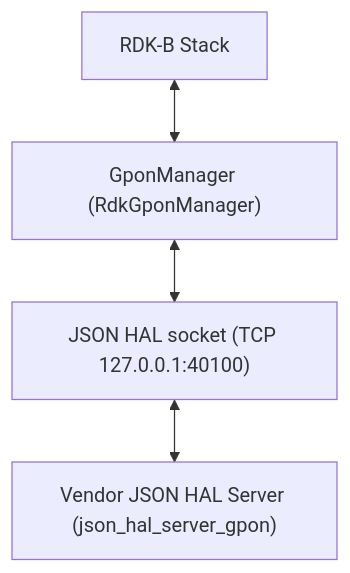
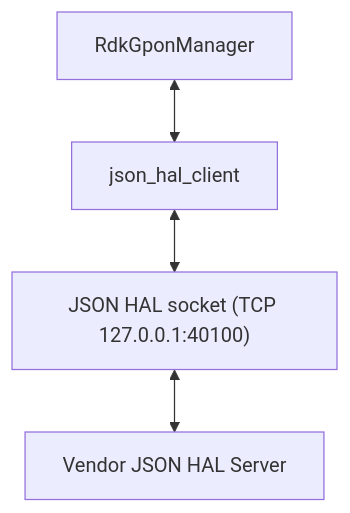
The first of 2 diagrams in docs/pages/halSpec.md (Blitzy-Sky/gpon-manager), drawn with Mermaid before and after one commit. The commit also changed other lines of this file and 2 other files, not shown here.

````diff
--- a/docs/pages/halSpec.md
+++ b/docs/pages/halSpec.md
@@ -66,7 +38,7 @@
 ```mermaid
 flowchart TD;
-    RDKBStack[RDK-B Stack] <-->
-    GponManager["GponManager (RdkGponManager)"] <-->
+    RdkGponManager["RdkGponManager"] <-->
+    JsonHalClient["json_hal_client"] <-->
     JSONHALSocket["JSON HAL socket (TCP 127.0.0.1:40100)"] <-->
-    VendorServer["Vendor JSON HAL Server (json_hal_server_gpon)"]
+    VendorServer["Vendor JSON HAL Server"]
 ```
````
